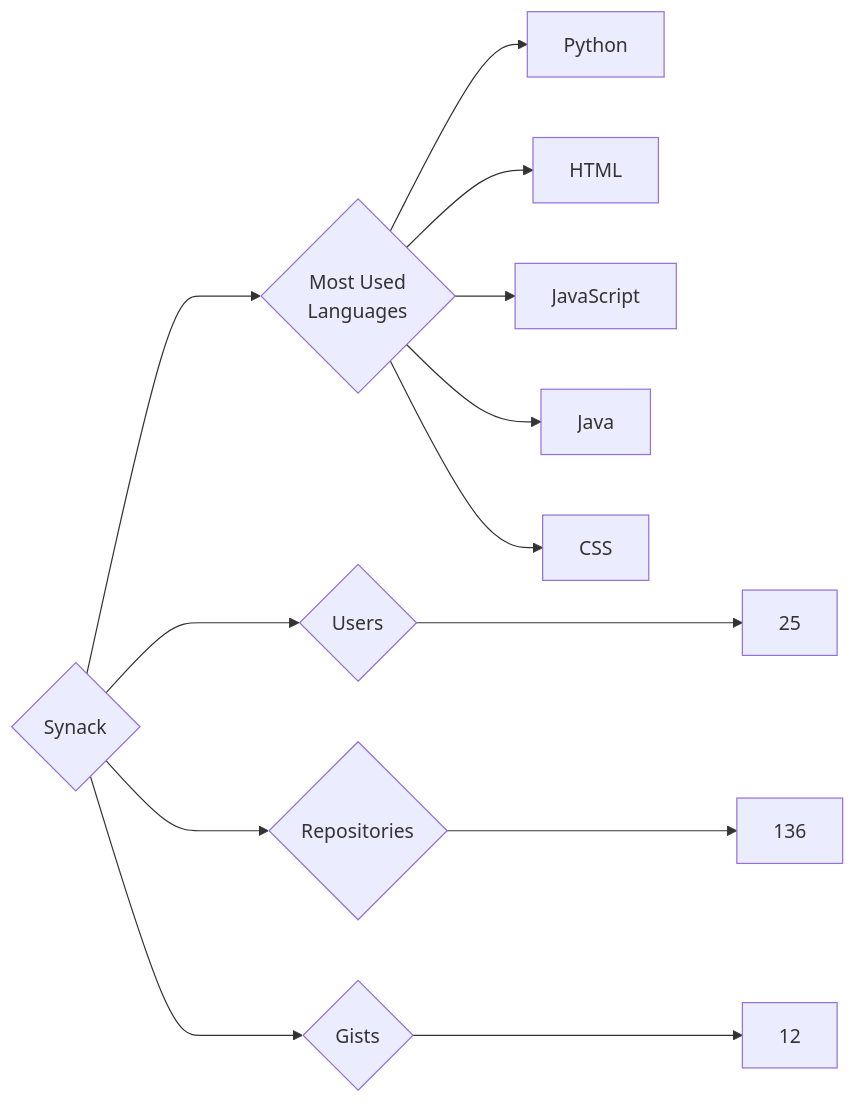
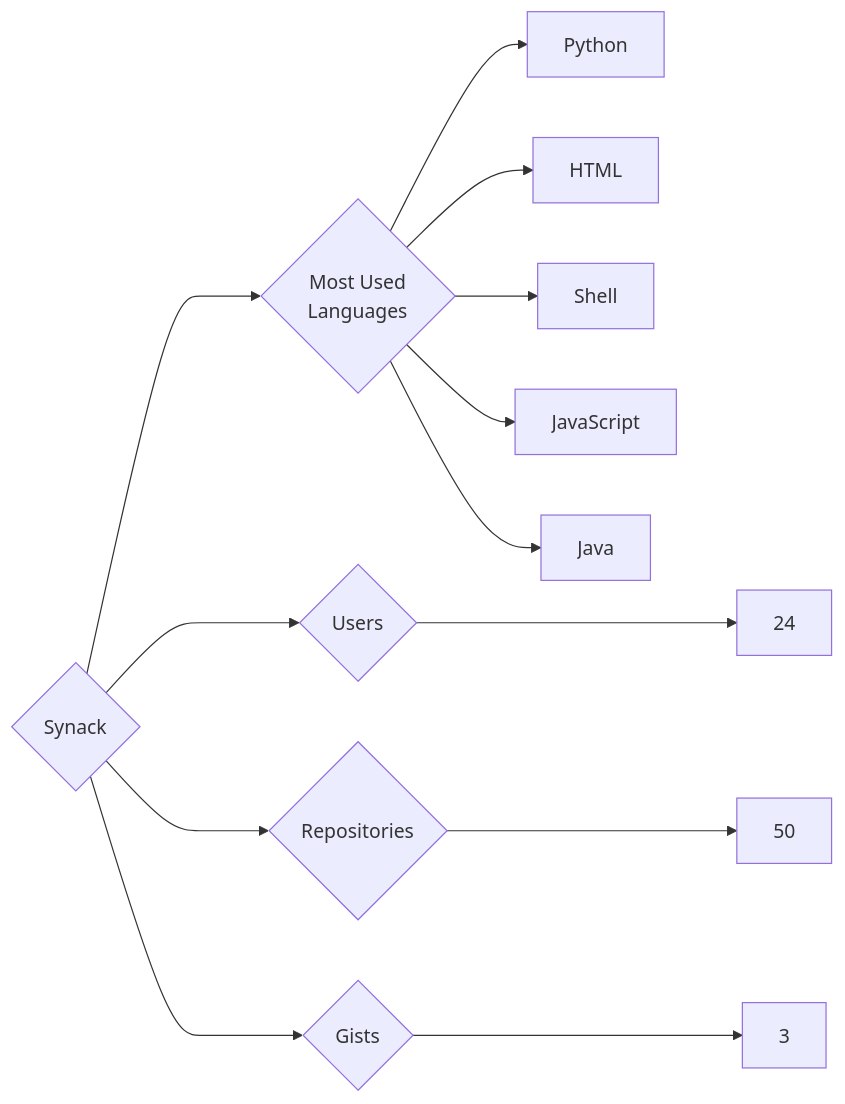
Before and after one commit to trickest/insiders: the diagram in targets/Synack/README.md, drawn with Mermaid. The commit also changed 695 other files, not shown here.

````diff
--- a/targets/Synack/README.md
+++ b/targets/Synack/README.md
@@ -3,13 +3,13 @@
 ```mermaid
 graph LR
 COMPANY_NAME{Synack}
-COMPANY_NAME ---> U{Users} ---> UN[25]
-COMPANY_NAME ---> R{Repositories} ---> RN[136]
-COMPANY_NAME ---> G{Gists} ---> GN[12]
+COMPANY_NAME ---> U{Users} ---> UN[24]
+COMPANY_NAME ---> R{Repositories} ---> RN[50]
+COMPANY_NAME ---> G{Gists} ---> GN[3]
 COMPANY_NAME ---> ML{Most Used<br>Languages}
 ML --> Python[Python]
 ML --> HTML[HTML]
+ML --> Shell[Shell]
 ML --> JavaScript[JavaScript]
 ML --> Java[Java]
-ML --> CSS[CSS]
 ```
````
